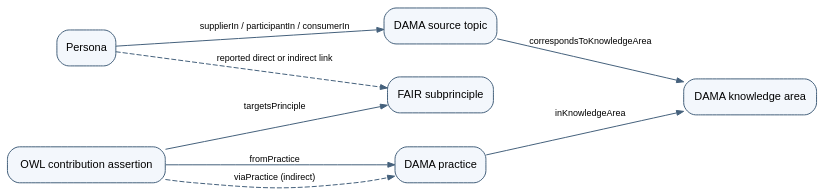
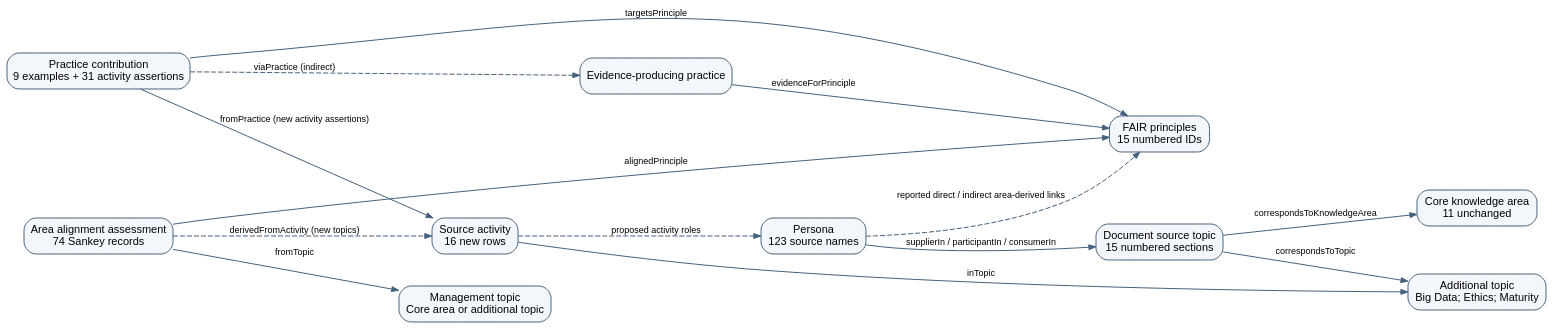
The diagram in scripts/ontologies.dot (chris-day/FAIR-DAMA), drawn with Graphviz before and after one commit. The commit also changed 7 other files, not shown here.

Commit message:
Update DAMA FAIR ontologies to v1.1.0

```diff
--- a/scripts/ontologies.dot
+++ b/scripts/ontologies.dot
@@ -1,20 +1,28 @@
 digraph Ontologies {
   graph [rankdir=LR, bgcolor="transparent", pad="0.25", nodesep="0.45", ranksep="0.8"];
-  node [shape=box, style="rounded,filled", fillcolor="#f3f7fc", color="#45617c", fontname="sans-serif", fontsize=11];
-  edge [color="#45617c", fontname="sans-serif", fontsize=9, arrowsize=0.7];
-
-  Persona [label="Persona"];
-  Topic [label="DAMA source topic"];
-  Area [label="DAMA knowledge area"];
-  Practice [label="DAMA practice"];
-  Contribution [label="OWL contribution assertion"];
-  FAIR [label="FAIR subprinciple"];
-
-  Persona -> Topic [label="supplierIn / participantIn / consumerIn"];
-  Topic -> Area [label="correspondsToKnowledgeArea"];
-  Practice -> Area [label="inKnowledgeArea"];
-  Contribution -> Practice [label="fromPractice"];
+  node [shape=box, style="rounded,filled", fillcolor="#f3f7fc", color="#45617c", fontname="Arial", fontsize=11];
+  edge [color="#45617c", fontname="Arial", fontsize=9, arrowsize=0.7];
+  Persona [label="Persona\n123 source names"];
+  SourceTopic [label="Document source topic\n15 numbered sections"];
+  Core [label="Core knowledge area\n11 unchanged"];
+  Extra [label="Additional topic\nBig Data; Ethics; Maturity"];
+  Activity [label="Source activity\n16 new rows"];
+  Practice [label="Evidence-producing practice"];
+  Contribution [label="Practice contribution\n9 examples + 31 activity assertions"];
+  AreaProposal [label="Area alignment assessment\n74 Sankey records"];
+  FAIR [label="FAIR principles\n15 numbered IDs"];
+  Topic [label="Management topic\nCore area or additional topic"];
+  Persona -> SourceTopic [label="supplierIn / participantIn / consumerIn"];
+  SourceTopic -> Core [label="correspondsToKnowledgeArea"];
+  SourceTopic -> Extra [label="correspondsToTopic"];
+  Activity -> Extra [label="inTopic"];
+  Activity -> Persona [style=dashed, label="proposed activity roles"];
+  Contribution -> Activity [label="fromPractice (new activity assertions)"];
   Contribution -> FAIR [label="targetsPrinciple"];
   Contribution -> Practice [style=dashed, label="viaPractice (indirect)"];
-  Persona -> FAIR [style=dashed, label="reported direct or indirect link"];
+  Practice -> FAIR [label="evidenceForPrinciple"];
+  AreaProposal -> Topic [label="fromTopic"];
+  AreaProposal -> FAIR [label="alignedPrinciple"];
+  AreaProposal -> Activity [style=dashed, label="derivedFromActivity (new topics)"];
+  Persona -> FAIR [style=dashed, label="reported direct / indirect area-derived links"];
 }
```
